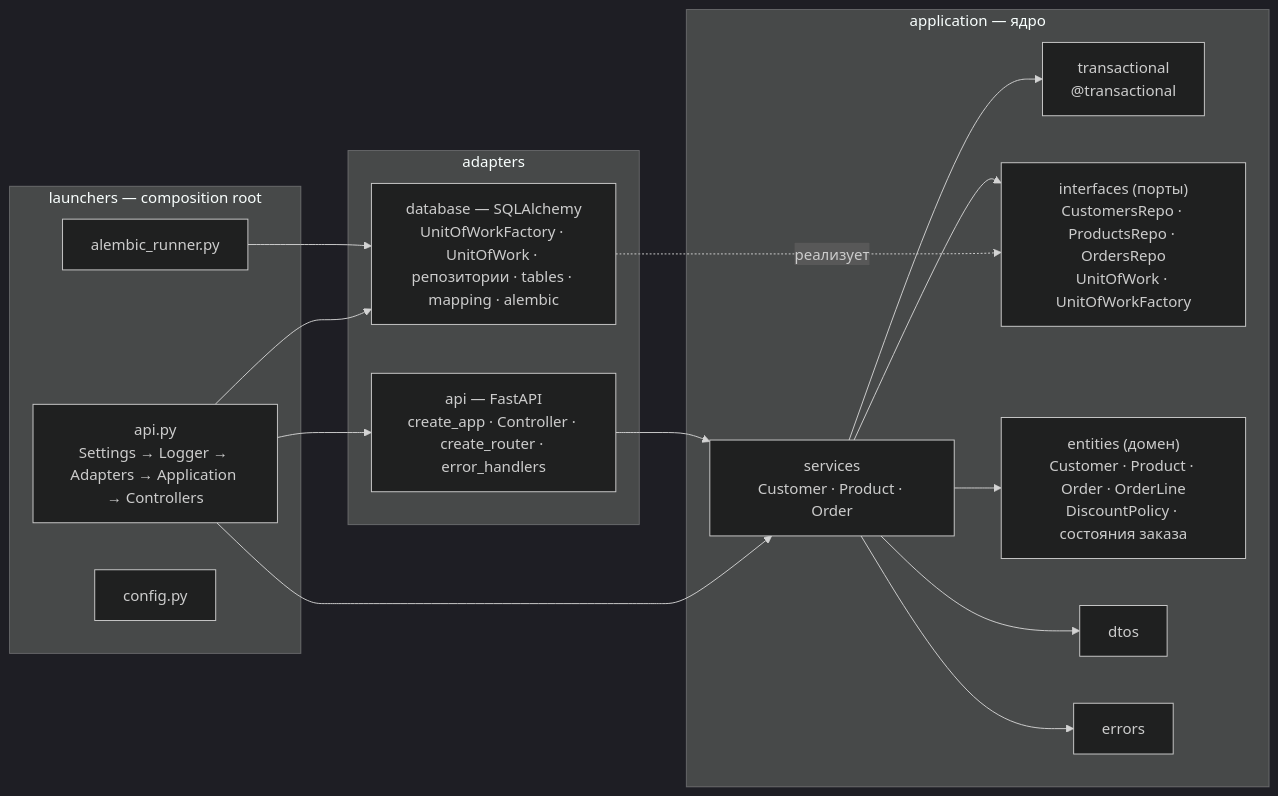
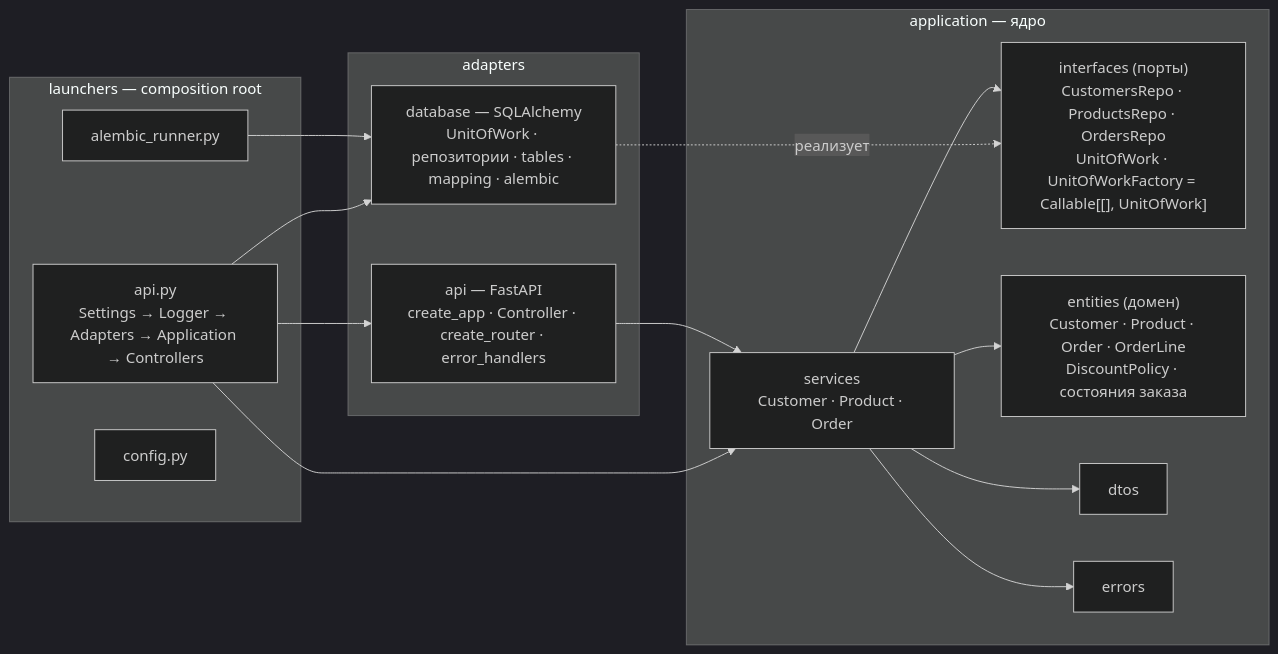
One commit to CHoNChmonich/example changed the first of 3 diagrams in README.md. Above: the diagram before and after it, drawn with Mermaid (dark theme). The commit also changed other lines of this file and 19 other files, not shown here.

````diff
--- a/README.md
+++ b/README.md
@@ -109,31 +109,29 @@
 ```mermaid
 flowchart LR
     subgraph launchers["launchers — composition root"]
         API_L["api.py<br/>Settings → Logger → Adapters → Application → Controllers"]
         ALEMBIC["alembic_runner.py"]
         CONFIG["config.py"]
     end
     subgraph adapters["adapters"]
         API["api — FastAPI<br/>create_app · Controller · create_router · error_handlers"]
-        DB["database — SQLAlchemy<br/>UnitOfWorkFactory · UnitOfWork · репозитории · tables · mapping · alembic"]
+        DB["database — SQLAlchemy<br/>UnitOfWork · репозитории · tables · mapping · alembic"]
     end
     subgraph application["application — ядро"]
         SERVICES["services<br/>Customer · Product · Order"]
-        TX["transactional<br/>@transactional"]
-        INTERFACES["interfaces (порты)<br/>CustomersRepo · ProductsRepo · OrdersRepo<br/>UnitOfWork · UnitOfWorkFactory"]
+        INTERFACES["interfaces (порты)<br/>CustomersRepo · ProductsRepo · OrdersRepo<br/>UnitOfWork · UnitOfWorkFactory = Callable[[], UnitOfWork]"]
         ENTITIES["entities (домен)<br/>Customer · Product · Order · OrderLine<br/>DiscountPolicy · состояния заказа"]
         DTOS["dtos"]
         ERRORS["errors"]
     end
     API_L --> API
     API_L --> DB
     API_L --> SERVICES
     ALEMBIC --> DB
     API --> SERVICES
     DB -. реализует .-> INTERFACES
-    SERVICES --> TX
     SERVICES --> INTERFACES
     SERVICES --> ENTITIES
     SERVICES --> DTOS
     SERVICES --> ERRORS
 ```
````
